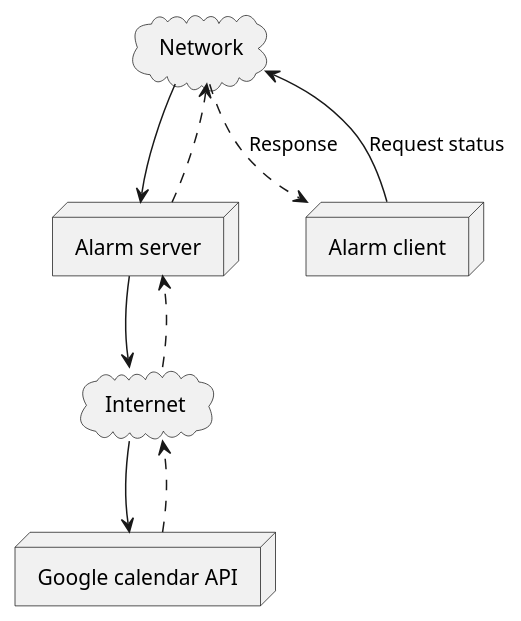
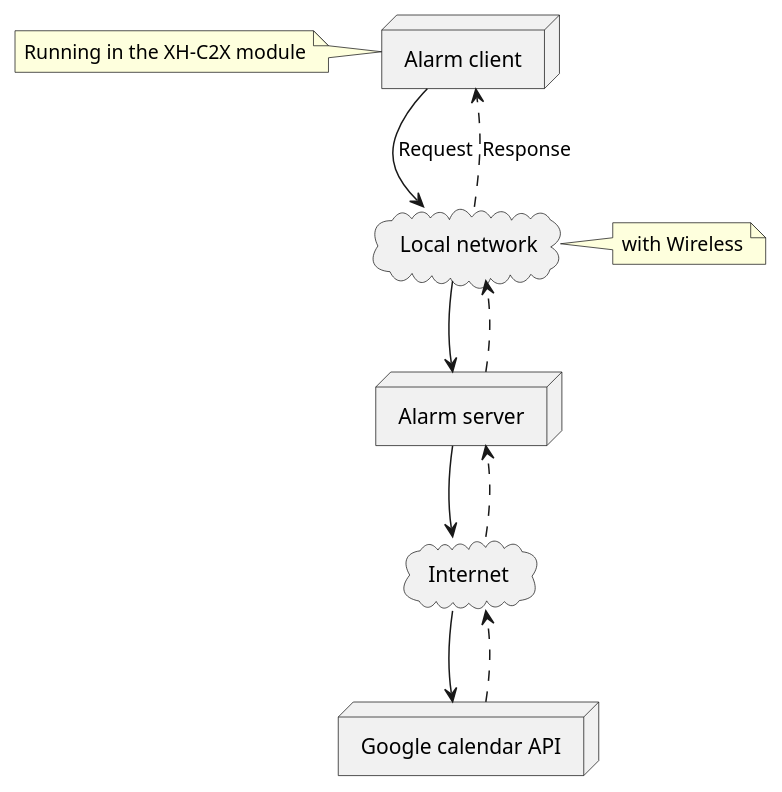
The diagram in doc/concept.puml (drkblog/alarm), drawn with PlantUML before and after one commit. The commit also changed 2 other files, not shown here.

```diff
--- a/doc/concept.puml
+++ b/doc/concept.puml
@@ -1,16 +1,22 @@
 @startuml concept
-cloud Network as "Network"
+cloud Network as "Local network"
 node Server as "Alarm server"
 node Client as "Alarm client"
+note left of Client
+  Running in the XH-C2X module
+end note
 cloud Internet
 node Google as "Google calendar API"
 
-Client --> Network : Request status
+Client --> Network : "Request"
+note right of Network
+ with Wireless
+end note
 Network --> Server
 Server --> Internet
 Internet --> Google
 Google ..> Internet
 Internet ..> Server
 Server ..> Network
 Network ..> Client : Response
 @enduml
```
